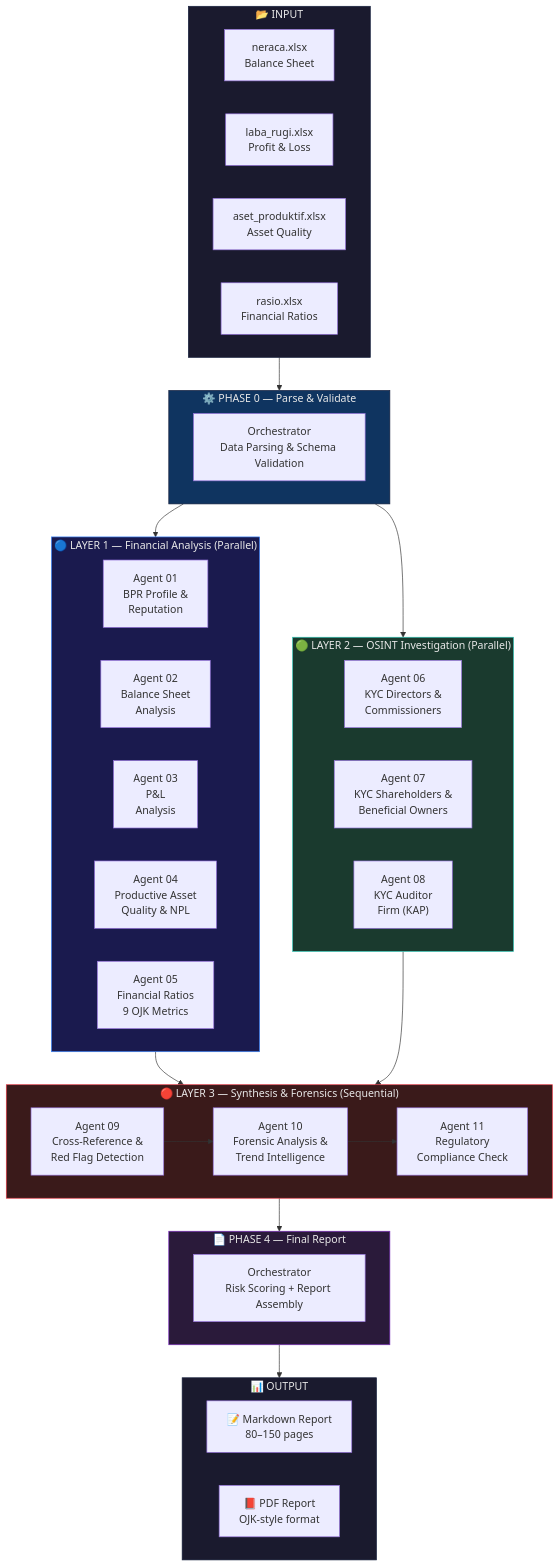
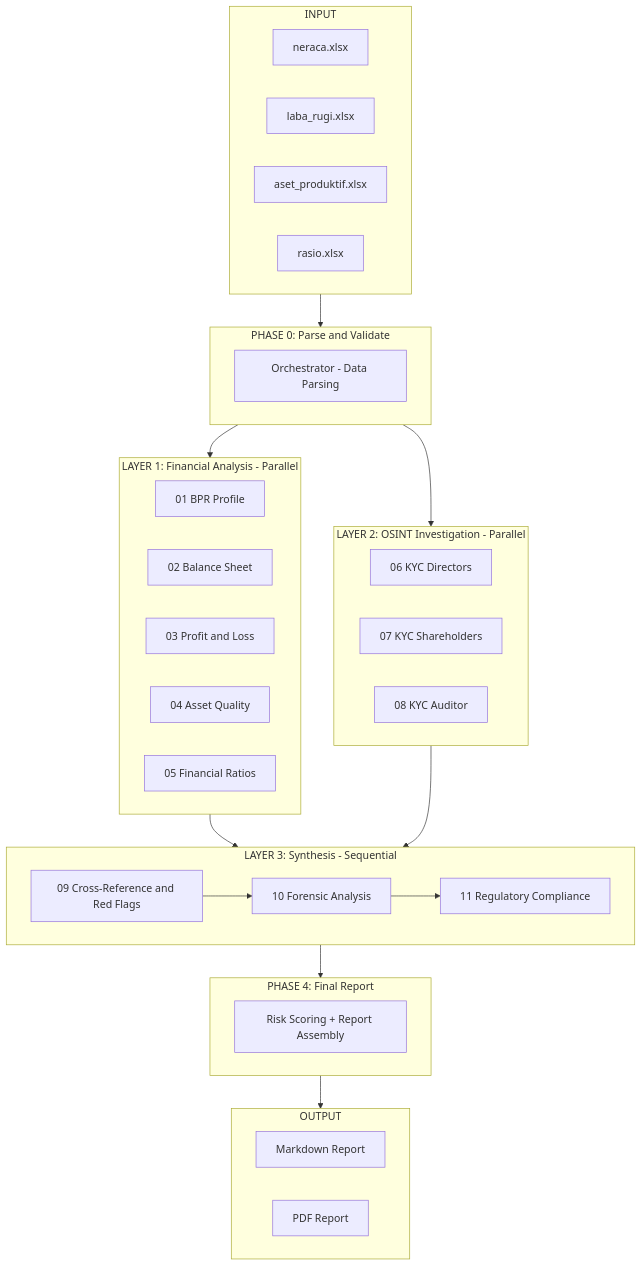
Before and after one commit to digimetalab/auditbpr: the first of 4 diagrams in README.md, drawn with Mermaid. The commit also changed other lines of this file, not shown here.

Commit message:
fix: fix README rendering - remove CDATA wrapper and simplify Mermaid diagrams for GitHub

````diff
--- a/README.md
+++ b/README.md
@@ -23,59 +23,51 @@
 ```mermaid
 flowchart TB
-    subgraph INPUT["📂 INPUT"]
-        D1["neraca.xlsx<br/>Balance Sheet"]
-        D2["laba_rugi.xlsx<br/>Profit & Loss"]
-        D3["aset_produktif.xlsx<br/>Asset Quality"]
-        D4["rasio.xlsx<br/>Financial Ratios"]
+    subgraph INPUT["INPUT"]
+        D1["neraca.xlsx"]
+        D2["laba_rugi.xlsx"]
+        D3["aset_produktif.xlsx"]
+        D4["rasio.xlsx"]
     end
 
-    subgraph PHASE0["⚙️ PHASE 0 — Parse & Validate"]
-        P0["Orchestrator<br/>Data Parsing & Schema Validation"]
+    subgraph PHASE0["PHASE 0: Parse and Validate"]
+        P0["Orchestrator - Data Parsing"]
     end
 
-    subgraph LAYER1["🔵 LAYER 1 — Financial Analysis (Parallel)"]
-        A01["Agent 01<br/>BPR Profile &<br/>Reputation"]
-        A02["Agent 02<br/>Balance Sheet<br/>Analysis"]
-        A03["Agent 03<br/>P&L<br/>Analysis"]
-        A04["Agent 04<br/>Productive Asset<br/>Quality & NPL"]
-        A05["Agent 05<br/>Financial Ratios<br/>9 OJK Metrics"]
+    subgraph LAYER1["LAYER 1: Financial Analysis - Parallel"]
+        A01["01 BPR Profile"]
+        A02["02 Balance Sheet"]
+        A03["03 Profit and Loss"]
+        A04["04 Asset Quality"]
+        A05["05 Financial Ratios"]
     end
 
-    subgraph LAYER2["🟢 LAYER 2 — OSINT Investigation (Parallel)"]
-        A06["Agent 06<br/>KYC Directors &<br/>Commissioners"]
-        A07["Agent 07<br/>KYC Shareholders &<br/>Beneficial Owners"]
-        A08["Agent 08<br/>KYC Auditor<br/>Firm (KAP)"]
+    subgraph LAYER2["LAYER 2: OSINT Investigation - Parallel"]
+        A06["06 KYC Directors"]
+        A07["07 KYC Shareholders"]
+        A08["08 KYC Auditor"]
     end
 
-    subgraph LAYER3["🔴 LAYER 3 — Synthesis & Forensics (Sequential)"]
-        A09["Agent 09<br/>Cross-Reference &<br/>Red Flag Detection"]
-        A10["Agent 10<br/>Forensic Analysis &<br/>Trend Intelligence"]
-        A11["Agent 11<br/>Regulatory<br/>Compliance Check"]
+    subgraph LAYER3["LAYER 3: Synthesis - Sequential"]
+        A09["09 Cross-Reference and Red Flags"]
+        A10["10 Forensic Analysis"]
+        A11["11 Regulatory Compliance"]
     end
 
-    subgraph PHASE4["📄 PHASE 4 — Final Report"]
-        REPORT["Orchestrator<br/>Risk Scoring + Report Assembly"]
+    subgraph PHASE4["PHASE 4: Final Report"]
+        REPORT["Risk Scoring + Report Assembly"]
     end
 
-    subgraph OUTPUT["📊 OUTPUT"]
-        MD["📝 Markdown Report<br/>80–150 pages"]
-        PDF["📕 PDF Report<br/>OJK-style format"]
+    subgraph OUTPUT["OUTPUT"]
+        MD["Markdown Report"]
+        PDF["PDF Report"]
     end
 
     INPUT --> PHASE0
     PHASE0 --> LAYER1
     PHASE0 --> LAYER2
     LAYER1 --> LAYER3
     LAYER2 --> LAYER3
     A09 --> A10 --> A11
     LAYER3 --> PHASE4
     PHASE4 --> OUTPUT
-
-    style INPUT fill:#1a1a2e,stroke:#16213e,color:#e8e8e8
-    style PHASE0 fill:#0f3460,stroke:#16213e,color:#e8e8e8
-    style LAYER1 fill:#1a1a4e,stroke:#3a86ff,color:#e8e8e8
-    style LAYER2 fill:#1a3a2e,stroke:#2ec4b6,color:#e8e8e8
-    style LAYER3 fill:#3a1a1a,stroke:#e63946,color:#e8e8e8
-    style PHASE4 fill:#2a1a3a,stroke:#7b2cbf,color:#e8e8e8
-    style OUTPUT fill:#1a1a2e,stroke:#16213e,color:#e8e8e8
 ```
````
